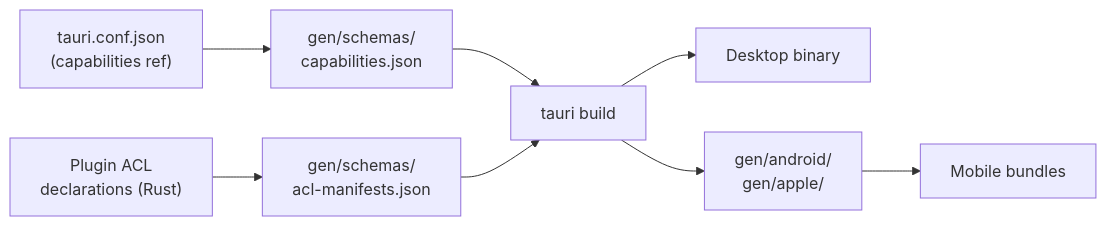
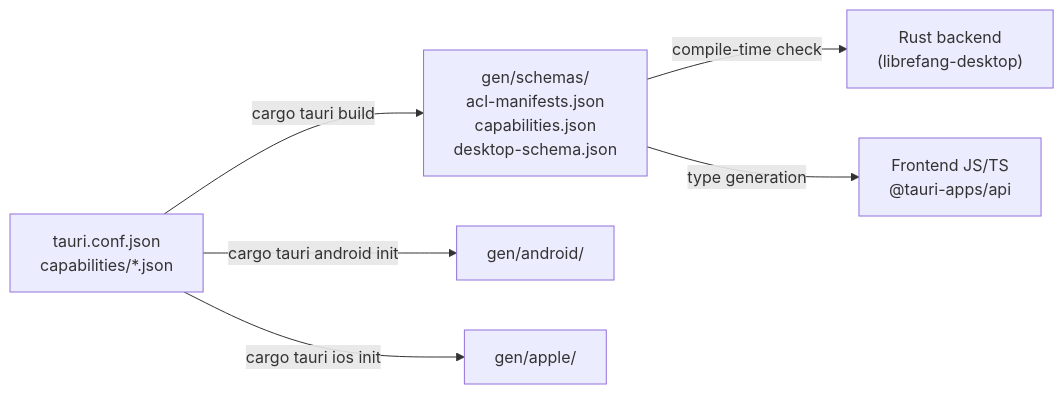
One commit to leszek3737/librefang-WIki changed the diagram in other-librefang-desktop-gen.md. Above: the diagram before and after it, drawn with Mermaid. The commit also changed other lines of this file and 110 other files, not shown here.

````diff
--- a/other-librefang-desktop-gen.md
+++ b/other-librefang-desktop-gen.md
@@ -141,10 +146,8 @@
 ```mermaid
 flowchart LR
-    A["tauri.conf.json<br/>(capabilities ref)"] --> B["gen/schemas/<br/>capabilities.json"]
-    C["Plugin ACL<br/>declarations (Rust)"] --> D["gen/schemas/<br/>acl-manifests.json"]
-    B --> E["tauri build"]
-    D --> E
-    E --> F["Desktop binary"]
-    E --> G["gen/android/<br/>gen/apple/"]
-    G --> H["Mobile bundles"]
+    A["tauri.conf.json<br/>capabilities/*.json"] -->|cargo tauri build| B["gen/schemas/<br/>acl-manifests.json<br/>capabilities.json<br/>desktop-schema.json"]
+    B -->|compile-time check| C["Rust backend<br/>(librefang-desktop)"]
+    B -->|type generation| D["Frontend JS/TS<br/>@tauri-apps/api"]
+    A -->|cargo tauri android init| E["gen/android/"]
+    A -->|cargo tauri ios init| F["gen/apple/"]
 ```
````
